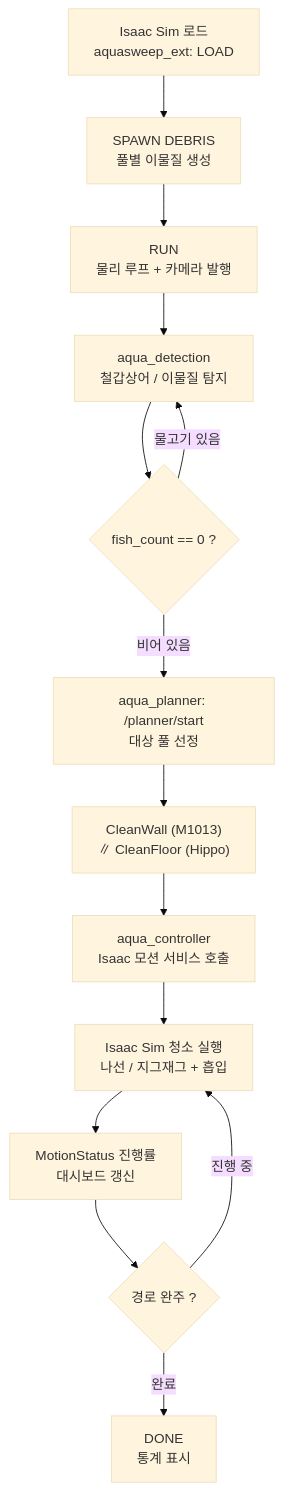
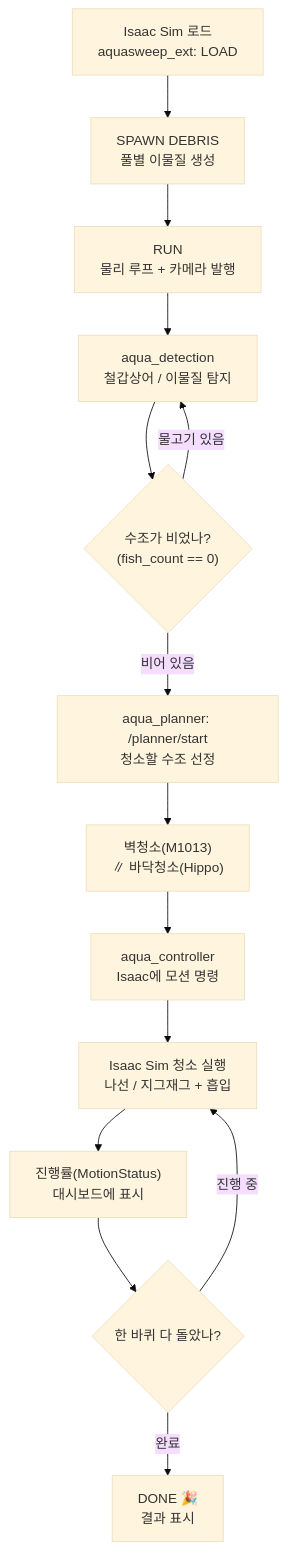
Before and after one commit to yevettee/AquaSweep: the second of 2 diagrams in README.md, drawn with Mermaid (base theme). The commit also changed other lines of this file, not shown here.

````diff
--- a/README.md
+++ b/README.md
@@ -99,16 +122,16 @@
 ```mermaid
 flowchart TD
     A["Isaac Sim 로드<br/>aquasweep_ext: LOAD"] --> B["SPAWN DEBRIS<br/>풀별 이물질 생성"]
     B --> C["RUN<br/>물리 루프 + 카메라 발행"]
     C --> D["aqua_detection<br/>철갑상어 / 이물질 탐지"]
-    D --> E{"fish_count == 0 ?"}
+    D --> E{"수조가 비었나?<br/>(fish_count == 0)"}
     E -->|"물고기 있음"| D
-    E -->|"비어 있음"| F["aqua_planner: /planner/start<br/>대상 풀 선정"]
-    F --> G["CleanWall (M1013)<br/>∥ CleanFloor (Hippo)"]
-    G --> H["aqua_controller<br/>Isaac 모션 서비스 호출"]
+    E -->|"비어 있음"| F["aqua_planner: /planner/start<br/>청소할 수조 선정"]
+    F --> G["벽청소(M1013)<br/>∥ 바닥청소(Hippo)"]
+    G --> H["aqua_controller<br/>Isaac에 모션 명령"]
     H --> I["Isaac Sim 청소 실행<br/>나선 / 지그재그 + 흡입"]
-    I --> J["MotionStatus 진행률<br/>대시보드 갱신"]
-    J --> K{"경로 완주 ?"}
+    I --> J["진행률(MotionStatus)<br/>대시보드에 표시"]
+    J --> K{"한 바퀴 다 돌았나?"}
     K -->|"진행 중"| I
-    K -->|"완료"| L["DONE<br/>통계 표시"]
+    K -->|"완료"| L["DONE 🎉<br/>결과 표시"]
 ```
````
